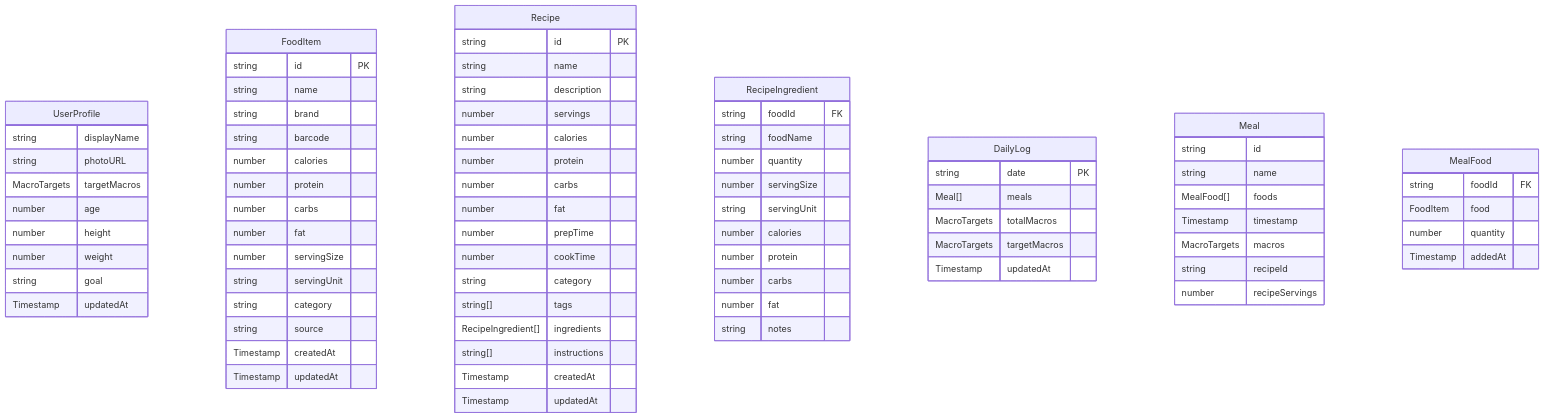
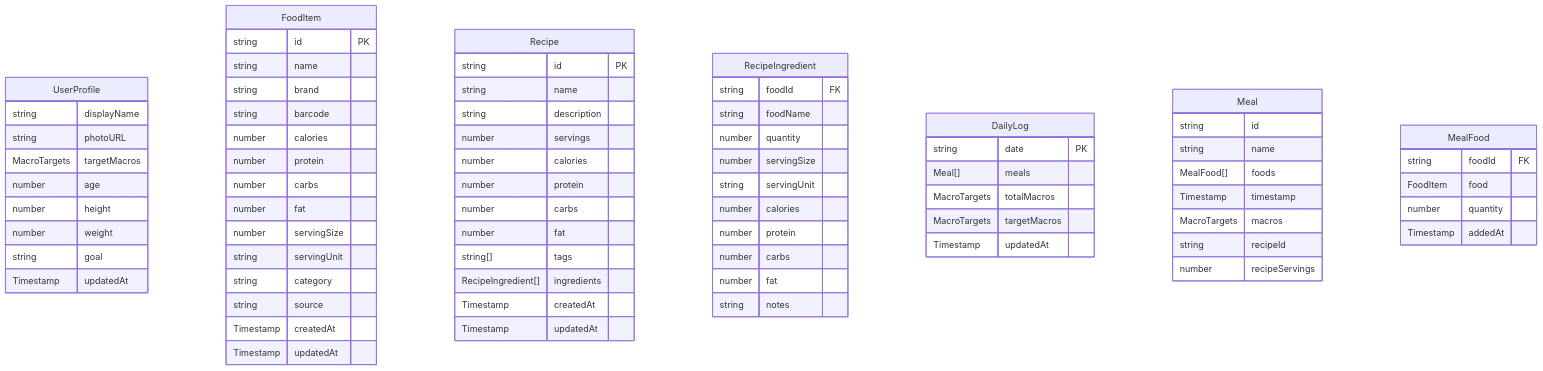
Before and after one commit to TimothyYao/meal-planning: the second of 26 diagrams in doc/recipes-design.md, drawn with Mermaid. The commit also changed other lines of this file, not shown here.

```diff
--- a/doc/recipes-design.md
+++ b/doc/recipes-design.md
@@ -84,12 +84,8 @@
         number protein
         number carbs
         number fat
-        number prepTime
-        number cookTime
-        string category
         string[] tags
         RecipeIngredient[] ingredients
-        string[] instructions
         Timestamp createdAt
         Timestamp updatedAt
     }
```
